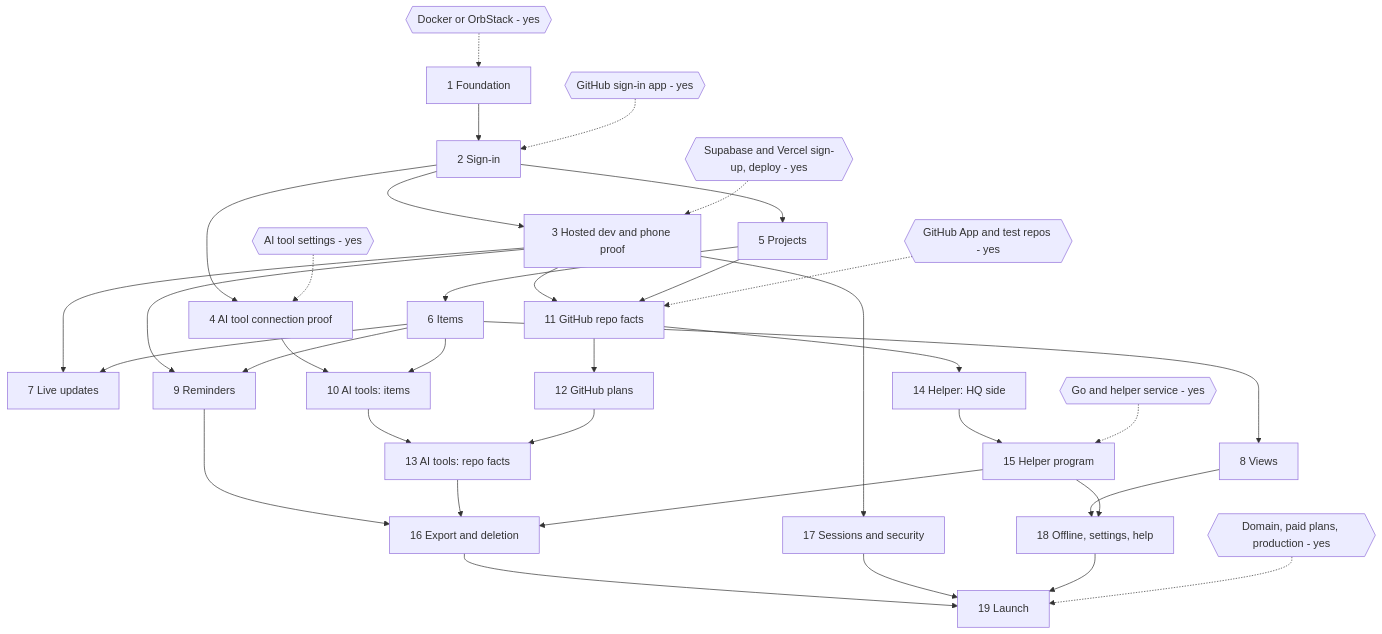
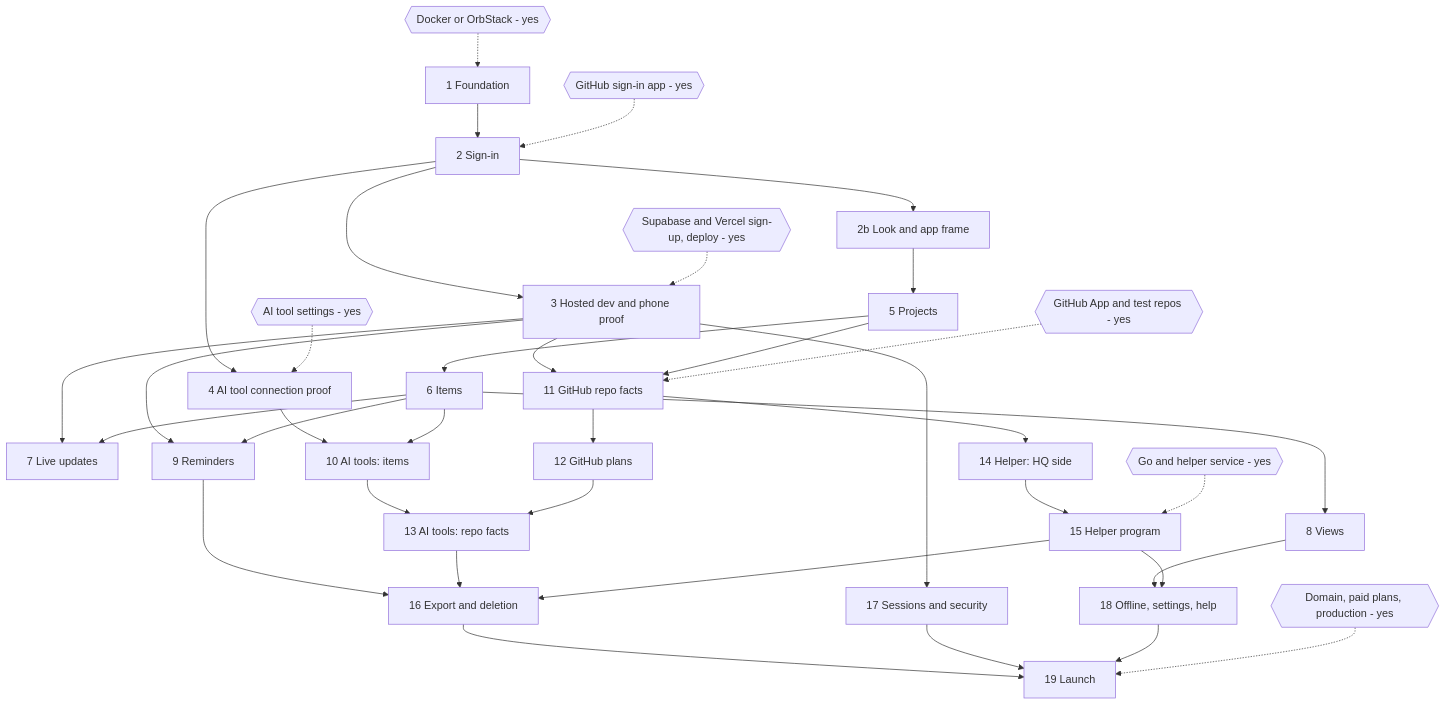
Before and after one commit to AymAbdalla/founder-hq: the second of 2 diagrams in docs/PLAN.md, drawn with Mermaid. The commit also changed other lines of this file and 1 other file, not shown here.

First line of the commit message:
docs: widen the audience, add waiting-on and the new look to spec and plan

````diff
--- a/docs/PLAN.md
+++ b/docs/PLAN.md
@@ -269,38 +270,39 @@
 ```mermaid
 flowchart TD
   S1[1 Foundation] --> S2[2 Sign-in]
   S2 --> S3[3 Hosted dev and phone proof]
   S2 --> S4[4 AI tool connection proof]
-  S2 --> S5[5 Projects]
+  S2 --> S2b[2b Look and app frame]
+  S2b --> S5[5 Projects]
   S5 --> S6[6 Items]
   S3 --> S7[7 Live updates]
   S6 --> S7
   S6 --> S8[8 Views]
   S3 --> S9[9 Reminders]
   S6 --> S9
   S4 --> S10[10 AI tools: items]
   S6 --> S10
   S3 --> S11[11 GitHub repo facts]
   S5 --> S11
   S11 --> S12[12 GitHub plans]
   S10 --> S13[13 AI tools: repo facts]
   S12 --> S13
   S11 --> S14[14 Helper: HQ side]
   S14 --> S15[15 Helper program]
   S9 --> S16[16 Export and deletion]
   S13 --> S16
   S15 --> S16
   S3 --> S17[17 Sessions and security]
   S8 --> S18[18 Offline, settings, help]
   S15 --> S18
   S16 --> S19[19 Launch]
   S17 --> S19
   S18 --> S19
   D1{{Docker or OrbStack - yes}} -.-> S1
   D2{{GitHub sign-in app - yes}} -.-> S2
   D3{{Supabase and Vercel sign-up, deploy - yes}} -.-> S3
   D4{{AI tool settings - yes}} -.-> S4
   D5{{GitHub App and test repos - yes}} -.-> S11
   D6{{Go and helper service - yes}} -.-> S15
   D7{{Domain, paid plans, production - yes}} -.-> S19
 ```
````
